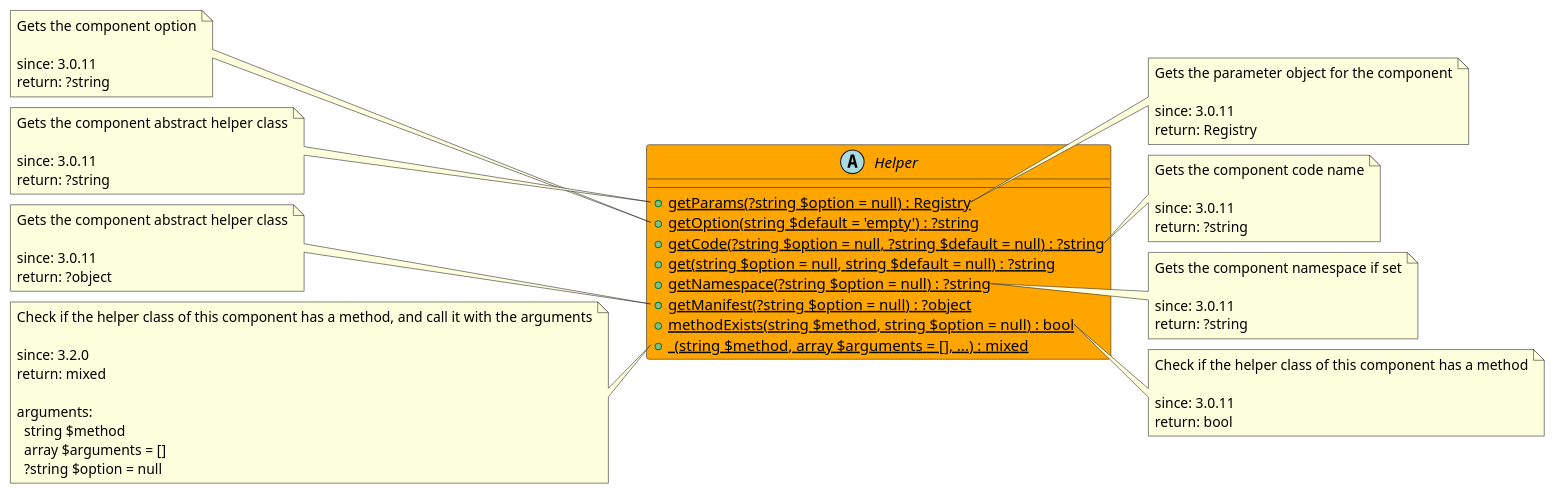
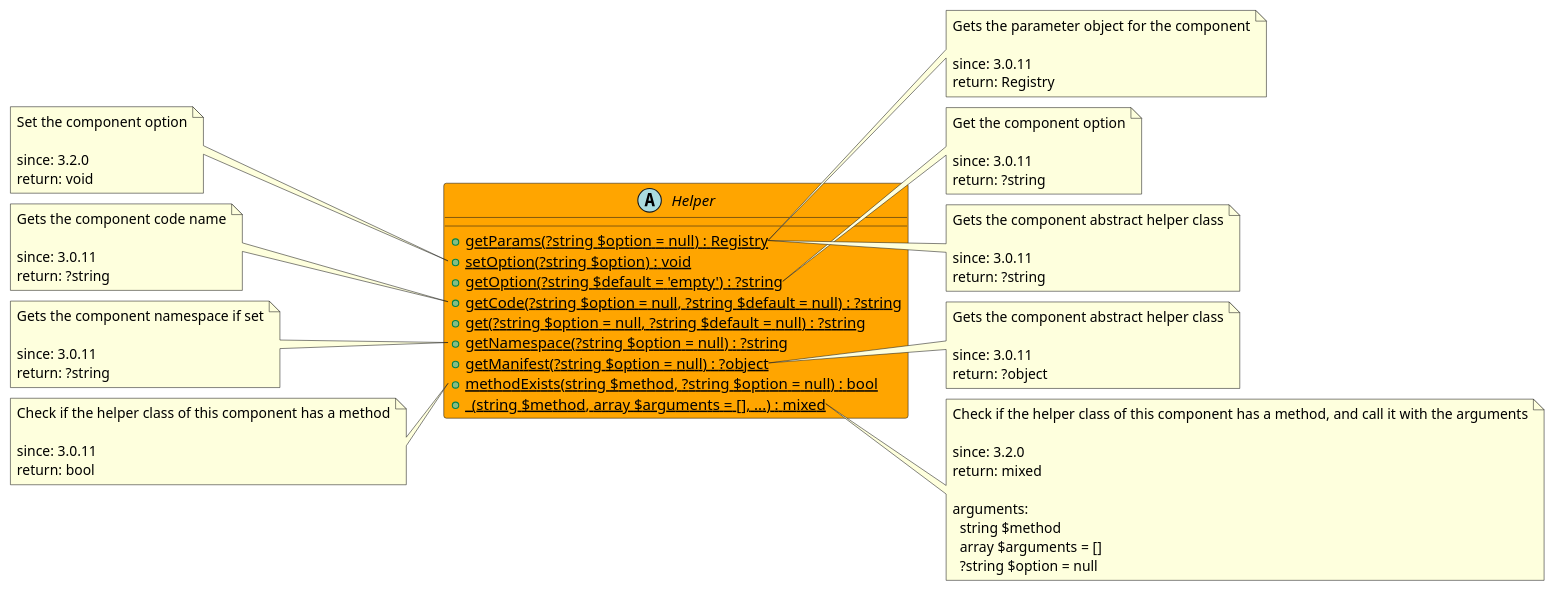
Before and after one commit to joomengine/super-powers: the diagram in src/640b5352-fb09-425f-a26e-cd44eda03f15/README.md, drawn with PlantUML. The commit also changed 7 other files, not shown here.

```diff
--- a/src/640b5352-fb09-425f-a26e-cd44eda03f15/README.md
+++ b/src/640b5352-fb09-425f-a26e-cd44eda03f15/README.md
@@ -12,12 +12,13 @@
 @startuml
 abstract Helper  #Orange {
   + {static} getParams(?string $option = null) : Registry
-  + {static} getOption(string $default = 'empty') : ?string
+  + {static} setOption(?string $option) : void
+  + {static} getOption(?string $default = 'empty') : ?string
   + {static} getCode(?string $option = null, ?string $default = null) : ?string
-  + {static} get(string $option = null, string $default = null) : ?string
+  + {static} get(?string $option = null, ?string $default = null) : ?string
   + {static} getNamespace(?string $option = null) : ?string
   + {static} getManifest(?string $option = null) : ?object
-  + {static} methodExists(string $method, string $option = null) : bool
+  + {static} methodExists(string $method, ?string $option = null) : bool
   + {static} _(string $method, array $arguments = [], ...) : mixed
 }
 
@@ -28,49 +29,56 @@
   return: Registry
 end note
 
-note left of Helper::getOption
-  Gets the component option
+note left of Helper::setOption
+  Set the component option
+
+  since: 3.2.0
+  return: void
+end note
+
+note right of Helper::getOption
+  Get the component option
 
   since: 3.0.11
   return: ?string
 end note
 
-note right of Helper::getCode
+note left of Helper::getCode
   Gets the component code name
 
   since: 3.0.11
   return: ?string
 end note
 
-note left of Helper::get
+note right of Helper::get
   Gets the component abstract helper class
 
   since: 3.0.11
   return: ?string
 end note
 
-note right of Helper::getNamespace
+note left of Helper::getNamespace
   Gets the component namespace if set
 
   since: 3.0.11
   return: ?string
 end note
 
-note left of Helper::getManifest
+note right of Helper::getManifest
   Gets the component abstract helper class
 
   since: 3.0.11
   return: ?object
 end note
 
-note right of Helper::methodExists
+note left of Helper::methodExists
   Check if the helper class of this component has a method
 
   since: 3.0.11
   return: bool
 end note
 
-note left of Helper::_
+note right of Helper::_
   Check if the helper class of this component has a method, and call it with the arguments
 
   since: 3.2.0
```
